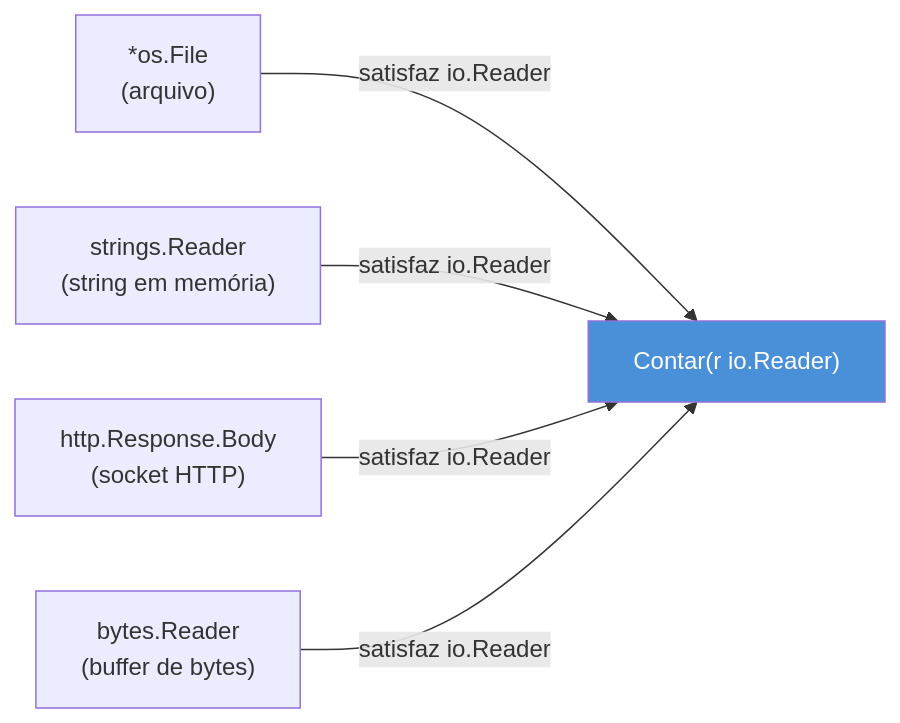
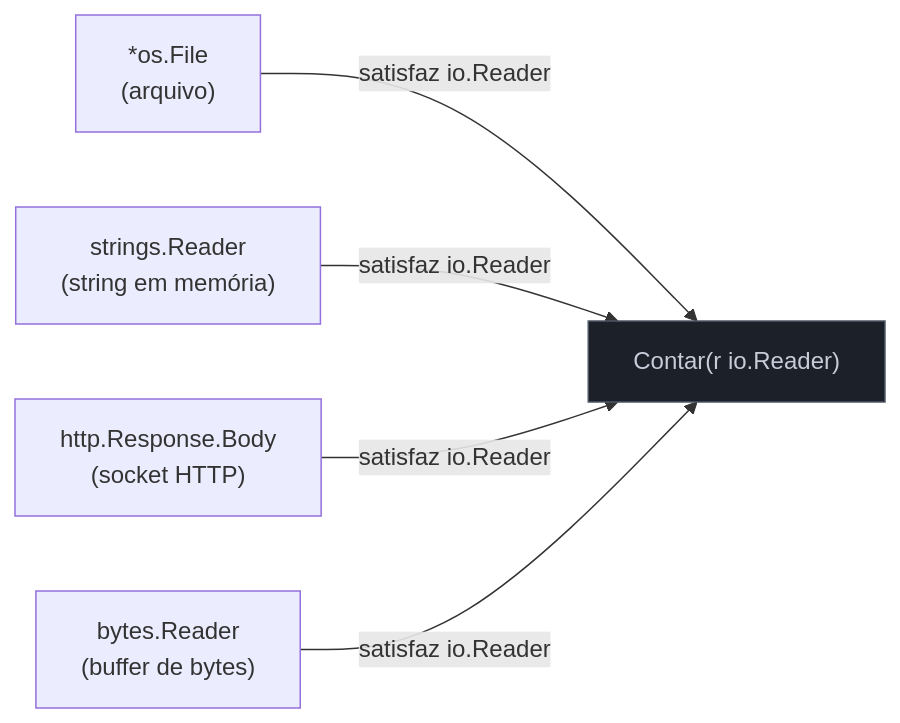
Before and after one commit to josenaldo/codex-technomanticus: the second of 2 diagrams in 03-Dominios/Tecnologia/Go/03 - Interfaces e composição/05 - Interfaces pequenas — io.Reader e io.Writer.md, drawn with Mermaid. The commit also changed 1181 other files, not shown here.

First line of the commit message:
fix(diagramas): paleta do sistema no lugar de cor cravada no markdown

````diff
--- a/03-Dominios/Tecnologia/Go/03 - Interfaces e composição/05 - Interfaces pequenas — io.Reader e io.Writer.md
+++ b/03-Dominios/Tecnologia/Go/03 - Interfaces e composição/05 - Interfaces pequenas — io.Reader e io.Writer.md
@@ -134,9 +134,10 @@
 ```mermaid
 flowchart LR
+    classDef neutro fill:#1B2029,stroke:#4E5666,color:#C6CCD8
     A["*os.File\n(arquivo)"] -->|"satisfaz io.Reader"| D["Contar(r io.Reader)"]
     B["strings.Reader\n(string em memória)"] -->|"satisfaz io.Reader"| D
     C["http.Response.Body\n(socket HTTP)"] -->|"satisfaz io.Reader"| D
     E["bytes.Reader\n(buffer de bytes)"] -->|"satisfaz io.Reader"| D
 
-    style D fill:#4A90D9,color:#fff
+    class D neutro
 ```
````
